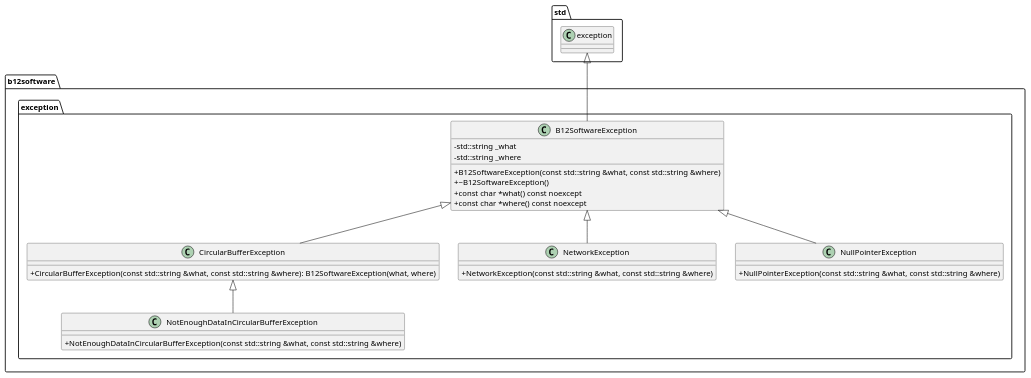
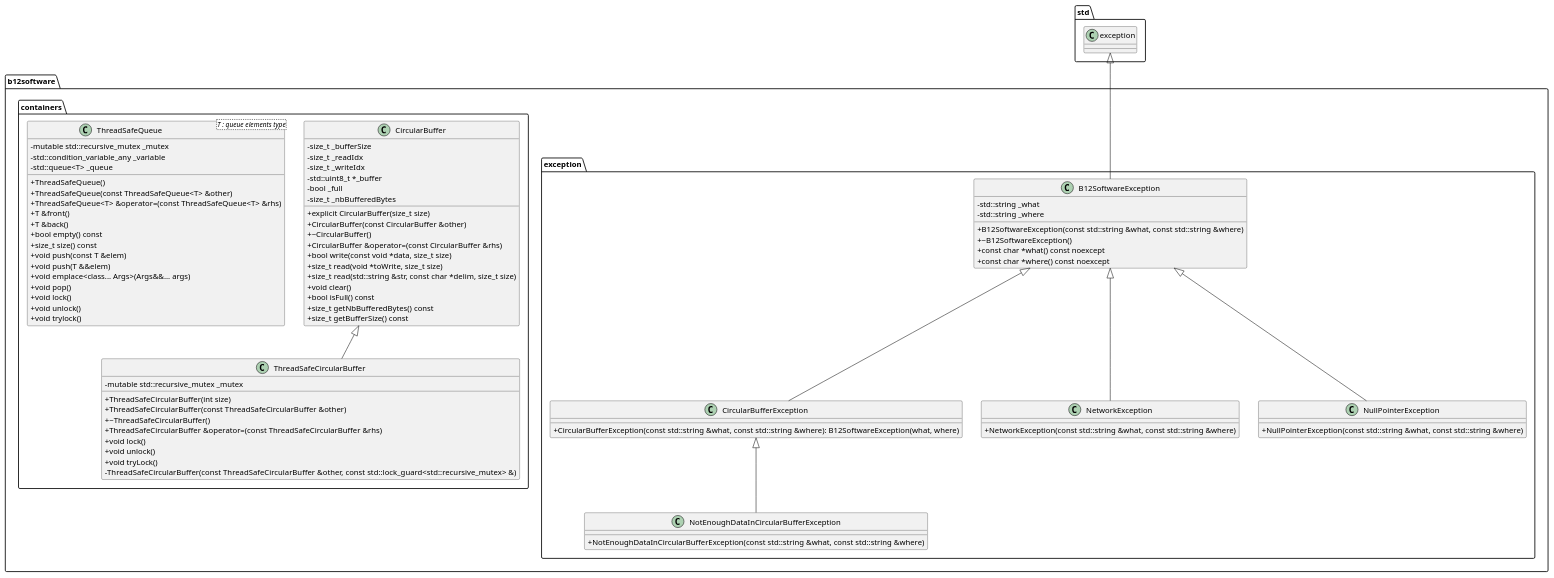
Before and after one commit to EtienneGuillet/RType: the diagram in rtype.puml, drawn with PlantUML.

Commit message:
Added containers uml

```diff
--- a/rtype.puml
+++ b/rtype.puml
@@ -1,46 +1,109 @@
 @startuml
 skinparam classAttributeIconSize 0
 set namespaceSeparator ::
 
 'Classes
+
+'-Exceptions
 
 class std::exception
 
 class b12software::exception::B12SoftwareException {
     + B12SoftwareException(const std::string &what, const std::string &where)
     + ~B12SoftwareException()
     + const char *what() const noexcept
     + const char *where() const noexcept
 
     - std::string _what
     - std::string _where
 }
 
 class b12software::exception::CircularBufferException {
     + CircularBufferException(const std::string &what, const std::string &where): B12SoftwareException(what, where)
 }
 
 class b12software::exception::NetworkException {
     + NetworkException(const std::string &what, const std::string &where)
 }
 
 class b12software::exception::NullPointerException {
     + NullPointerException(const std::string &what, const std::string &where)
 }
 
 class b12software::exception::NotEnoughDataInCircularBufferException {
     + NotEnoughDataInCircularBufferException(const std::string &what, const std::string &where)
 }
 
+'-Containers
+
+class b12software::containers::CircularBuffer {
+    + explicit CircularBuffer(size_t size)
+    + CircularBuffer(const CircularBuffer &other)
+    + ~CircularBuffer()
+    + CircularBuffer &operator=(const CircularBuffer &rhs)
+    + bool write(const void *data, size_t size)
+    + size_t read(void *toWrite, size_t size)
+    + size_t read(std::string &str, const char *delim, size_t size)
+    + void clear()
+    + bool isFull() const
+    + size_t getNbBufferedBytes() const
+    + size_t getBufferSize() const
+
+    - size_t _bufferSize
+    - size_t _readIdx
+    - size_t _writeIdx
+    - std::uint8_t *_buffer
+    - bool _full
+    - size_t _nbBufferedBytes
+}
+
+class b12software::containers::ThreadSafeCircularBuffer {
+    + ThreadSafeCircularBuffer(int size)
+    + ThreadSafeCircularBuffer(const ThreadSafeCircularBuffer &other)
+    + ~ThreadSafeCircularBuffer()
+    + ThreadSafeCircularBuffer &operator=(const ThreadSafeCircularBuffer &rhs)
+    + void lock()
+    + void unlock()
+    + void tryLock()
+    - ThreadSafeCircularBuffer(const ThreadSafeCircularBuffer &other, const std::lock_guard<std::recursive_mutex> &)
+    - mutable std::recursive_mutex _mutex
+}
+
+class b12software::containers::ThreadSafeQueue<T : queue elements type> {
+    + ThreadSafeQueue()
+    + ThreadSafeQueue(const ThreadSafeQueue<T> &other)
+    + ThreadSafeQueue<T> &operator=(const ThreadSafeQueue<T> &rhs)
+    + T &front()
+    + T &back()
+    + bool empty() const
+    + size_t size() const
+    + void push(const T &elem)
+    + void push(T &&elem)
+    + void emplace<class... Args>(Args&&... args)
+    + void pop()
+    + void lock()
+    + void unlock()
+    + void trylock()
+
+    - mutable std::recursive_mutex _mutex
+    - std::condition_variable_any _variable
+    - std::queue<T> _queue
+}
+
 'Extension
+
+'-Exceptions
 
 std::exception <|-- b12software::exception::B12SoftwareException
 
 b12software::exception::B12SoftwareException <|-- b12software::exception::CircularBufferException
 b12software::exception::CircularBufferException <|-- b12software::exception::NotEnoughDataInCircularBufferException
 
 b12software::exception::B12SoftwareException <|-- b12software::exception::NetworkException
 
 b12software::exception::B12SoftwareException <|-- b12software::exception::NullPointerException
 
+'-Containers
+b12software::containers::CircularBuffer <|-- b12software::containers::ThreadSafeCircularBuffer
+
 @enduml
```
